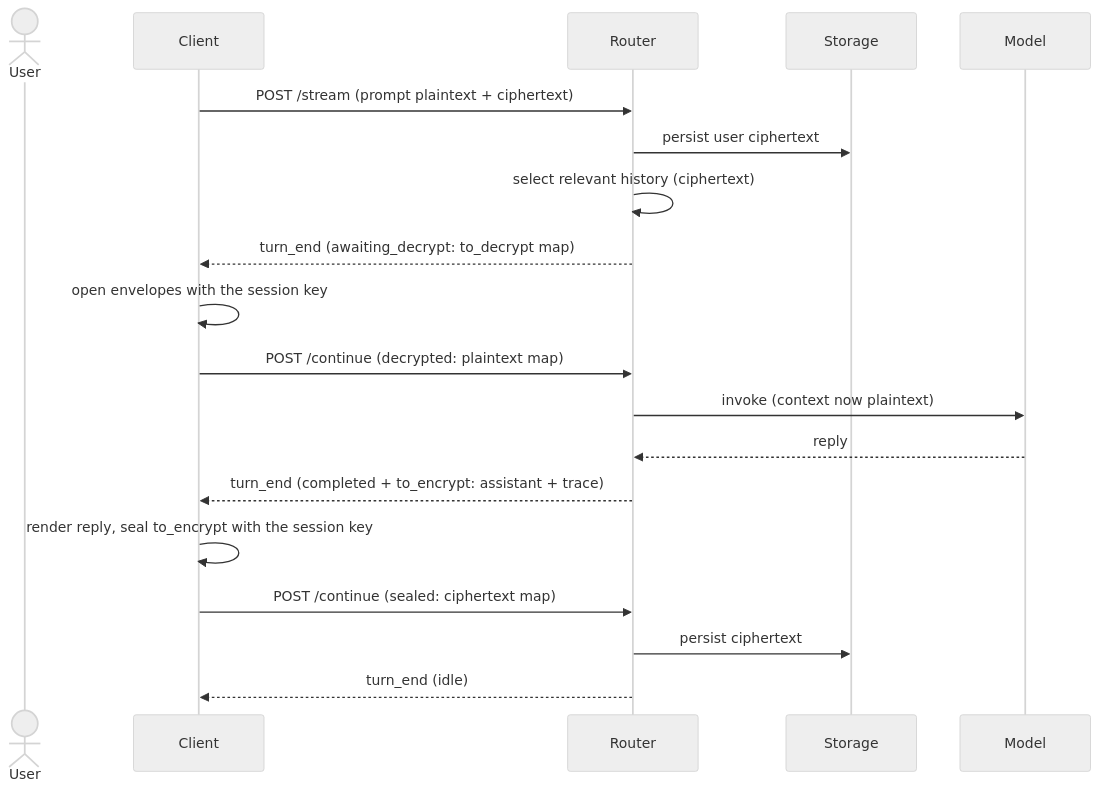
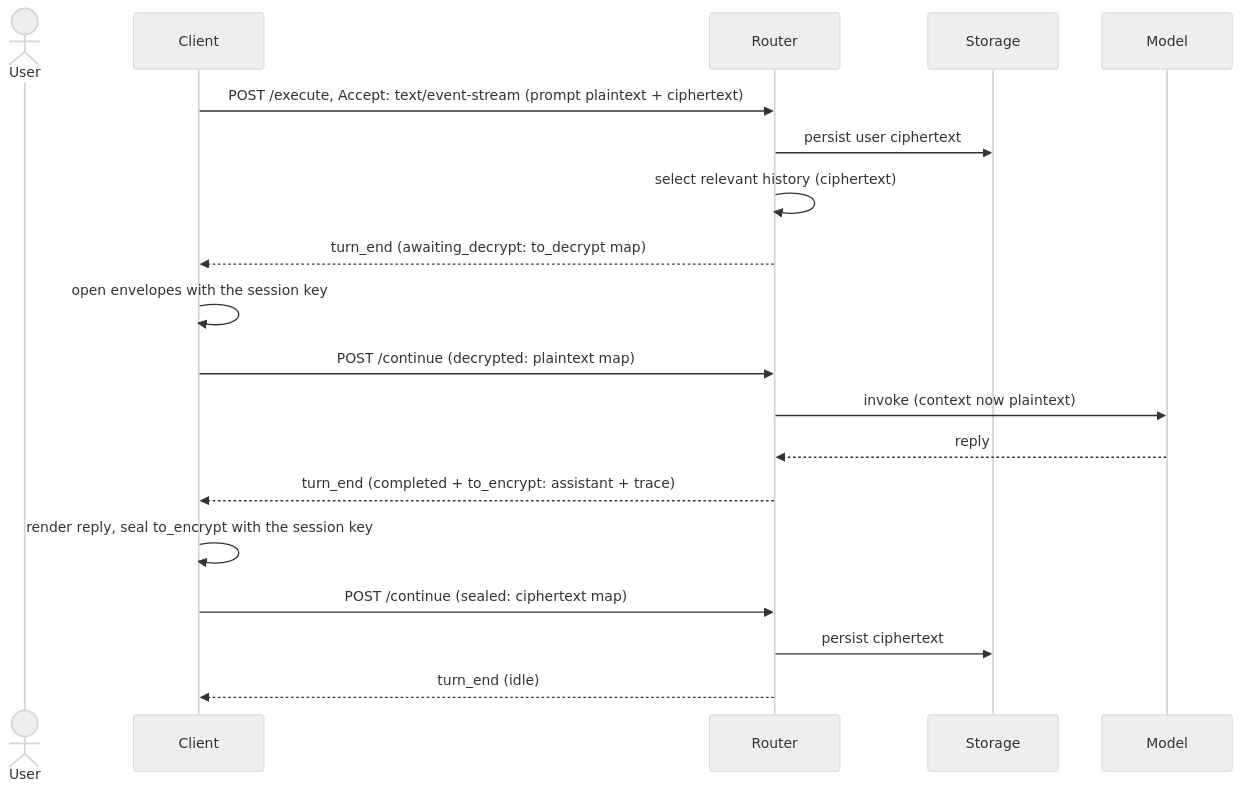
Before and after one commit to smista-ai/smista.ai: the sixth of 6 diagrams in docs/technical/execution-protocol.md, drawn with Mermaid (neutral theme). The commit also changed other lines of this file and 10 other files, not shown here.

First line of the commit message:
feat(router)!: implement POST /sessions/{id}/continue and drop the /stream endpoint (#229)

````diff
--- a/docs/technical/execution-protocol.md
+++ b/docs/technical/execution-protocol.md
@@ -596,22 +596,22 @@
 ```mermaid
 sequenceDiagram
     actor User
     participant Client
     participant Router
     participant Storage
     participant Model
 
-    Client->>Router: POST /stream (prompt plaintext + ciphertext)
+    Client->>Router: POST /execute, Accept: text/event-stream (prompt plaintext + ciphertext)
     Router->>Storage: persist user ciphertext
     Router->>Router: select relevant history (ciphertext)
     Router-->>Client: turn_end (awaiting_decrypt: to_decrypt map)
     Client->>Client: open envelopes with the session key
     Client->>Router: POST /continue (decrypted: plaintext map)
     Router->>Model: invoke (context now plaintext)
     Model-->>Router: reply
     Router-->>Client: turn_end (completed + to_encrypt: assistant + trace)
     Client->>Client: render reply, seal to_encrypt with the session key
     Client->>Router: POST /continue (sealed: ciphertext map)
     Router->>Storage: persist ciphertext
     Router-->>Client: turn_end (idle)
 ```
````
